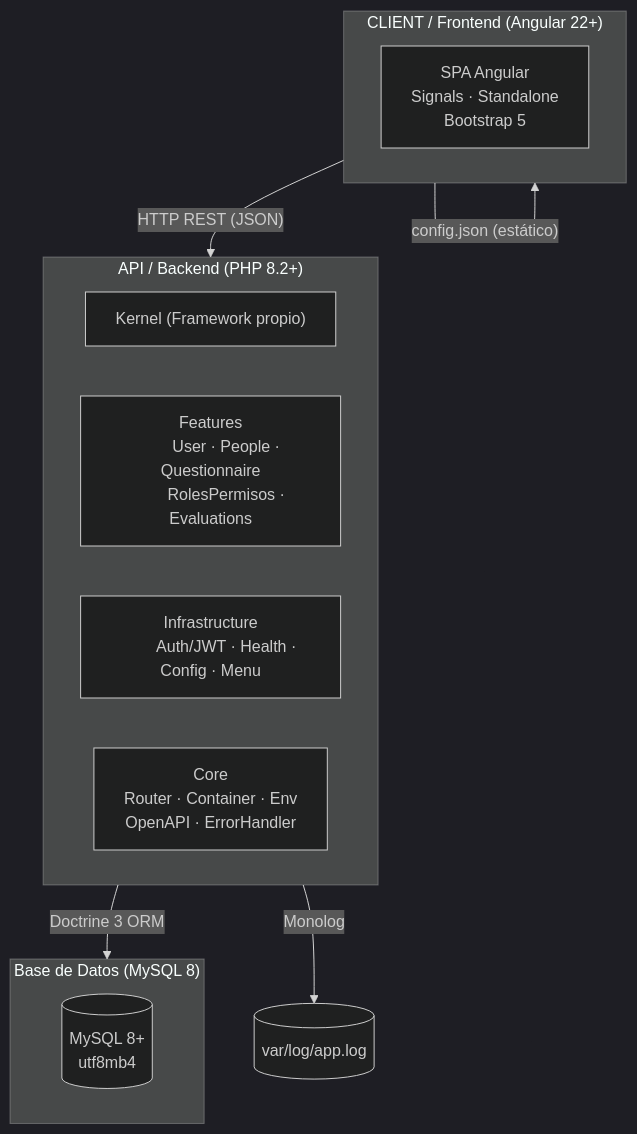
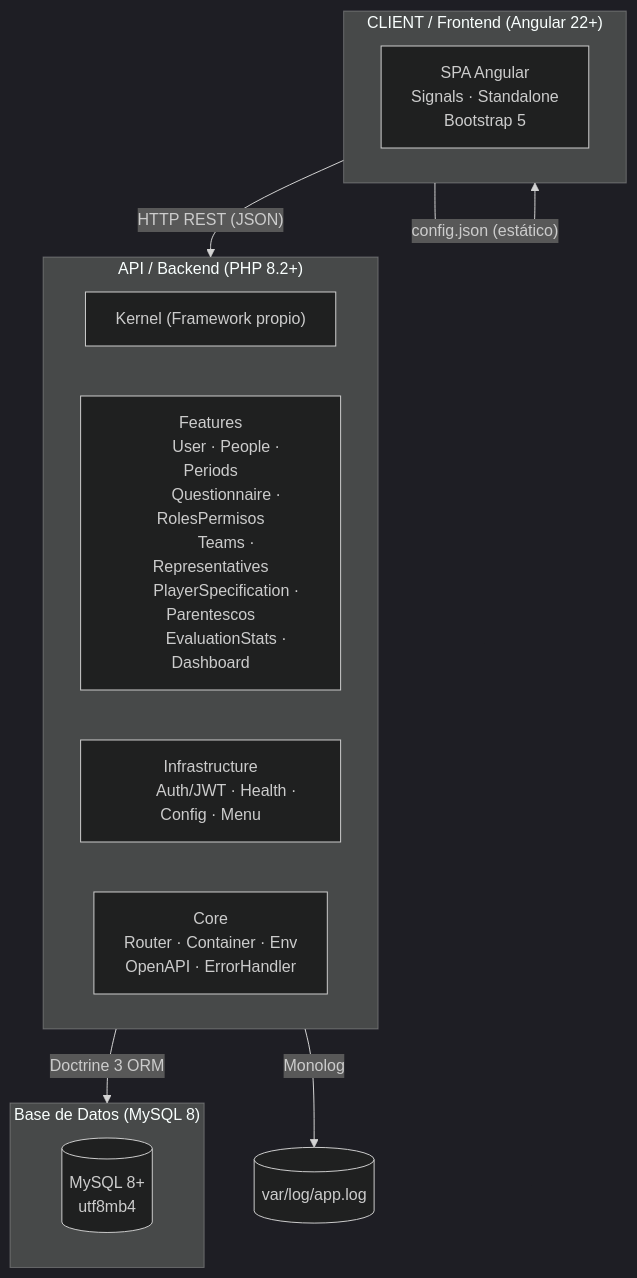
Before and after one commit to AoRyuGetsu/Fenix: the diagram in esquemas/backend/01-vision-general.md, drawn with Mermaid (dark theme). The commit also changed 178 other files, not shown here.

````diff
--- a/esquemas/backend/01-vision-general.md
+++ b/esquemas/backend/01-vision-general.md
@@ -5,30 +5,33 @@
 ```mermaid
 flowchart TB
     subgraph CLIENT["CLIENT / Frontend (Angular 22+)"]
         ANGULAR["SPA Angular
         Signals · Standalone
         Bootstrap 5"]
     end
 
     subgraph API["API / Backend (PHP 8.2+)"]
         KERNEL["Kernel (Framework propio)"]
         FEATURES["Features
-        User · People · Questionnaire
-        RolesPermisos · Evaluations"]
+        User · People · Periods
+        Questionnaire · RolesPermisos
+        Teams · Representatives
+        PlayerSpecification · Parentescos
+        EvaluationStats · Dashboard"]
         INFRA["Infrastructure
         Auth/JWT · Health · Config · Menu"]
         CORE["Core
         Router · Container · Env
         OpenAPI · ErrorHandler"]
     end
 
     subgraph DB["Base de Datos (MySQL 8)"]
         MYSQL[("MySQL 8+
         utf8mb4")]
     end
 
     CLIENT -- "HTTP REST (JSON)" --> API
     CLIENT -- "config.json (estático)" --> CLIENT
     API -- "Doctrine 3 ORM" --> DB
     API -- "Monolog" --> LOG[(var/log/app.log)]
 ```
````
